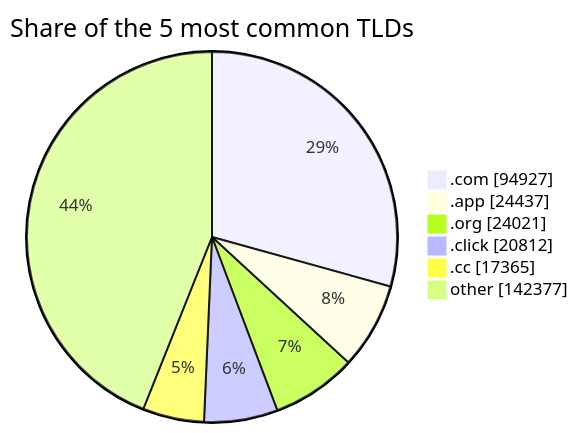
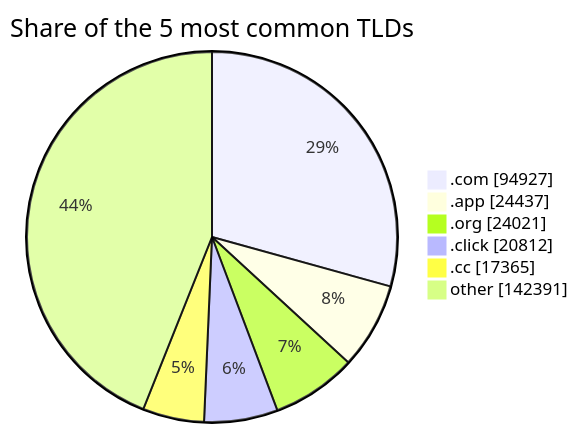
One commit to DNSBunker/CTI changed the third of 3 diagrams in README.md. Above: the diagram before and after it, drawn with Mermaid. The commit also changed other lines of this file and 4 other files, not shown here.

````diff
--- a/README.md
+++ b/README.md
@@ -81,9 +81,9 @@
 ```mermaid
 pie showData title Share of the 5 most common TLDs
     ".com" : 94927
     ".app" : 24437
     ".org" : 24021
     ".click" : 20812
     ".cc" : 17365
-    "other" : 142377
+    "other" : 142391
 ```
````
